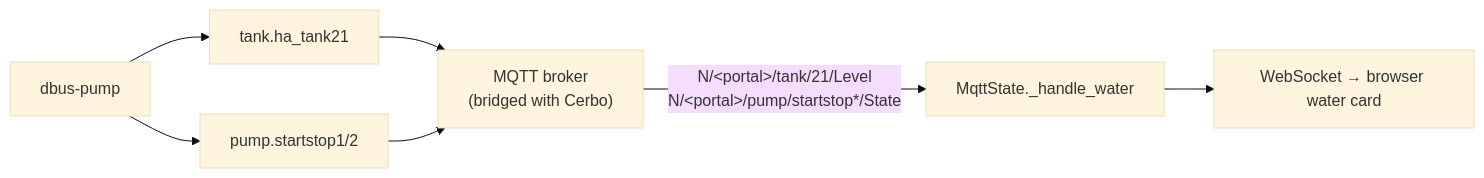
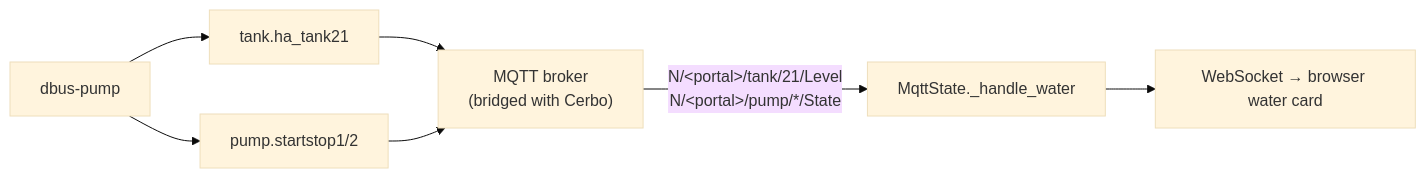
One commit to victron-venus/inverter-dashboard changed the fourth of 4 diagrams in .github/docs/system-architecture.md. Above: the diagram before and after it, drawn with Mermaid (base theme). The commit also changed other lines of this file and 4 other files, not shown here.

First line of the commit message:
fix(water): Venus MQTT bridges pump topics as pump/<instance>/State

````diff
--- a/.github/docs/system-architecture.md
+++ b/.github/docs/system-architecture.md
@@ -157,9 +157,9 @@
 ```mermaid
 flowchart LR
     DP["dbus-pump"] --> TANK["tank.ha_tank21"]
     DP --> PUMP["pump.startstop1/2"]
     TANK --> BRK["MQTT broker<br/>(bridged with Cerbo)"]
     PUMP --> BRK
-    BRK -->|"N/&lt;portal&gt;/tank/21/Level<br/>N/&lt;portal&gt;/pump/startstop*/State"| MS["MqttState._handle_water"]
+    BRK -->|"N/&lt;portal&gt;/tank/21/Level<br/>N/&lt;portal&gt;/pump/*/State"| MS["MqttState._handle_water"]
     MS --> WS["WebSocket → browser water card"]
 ```
````
